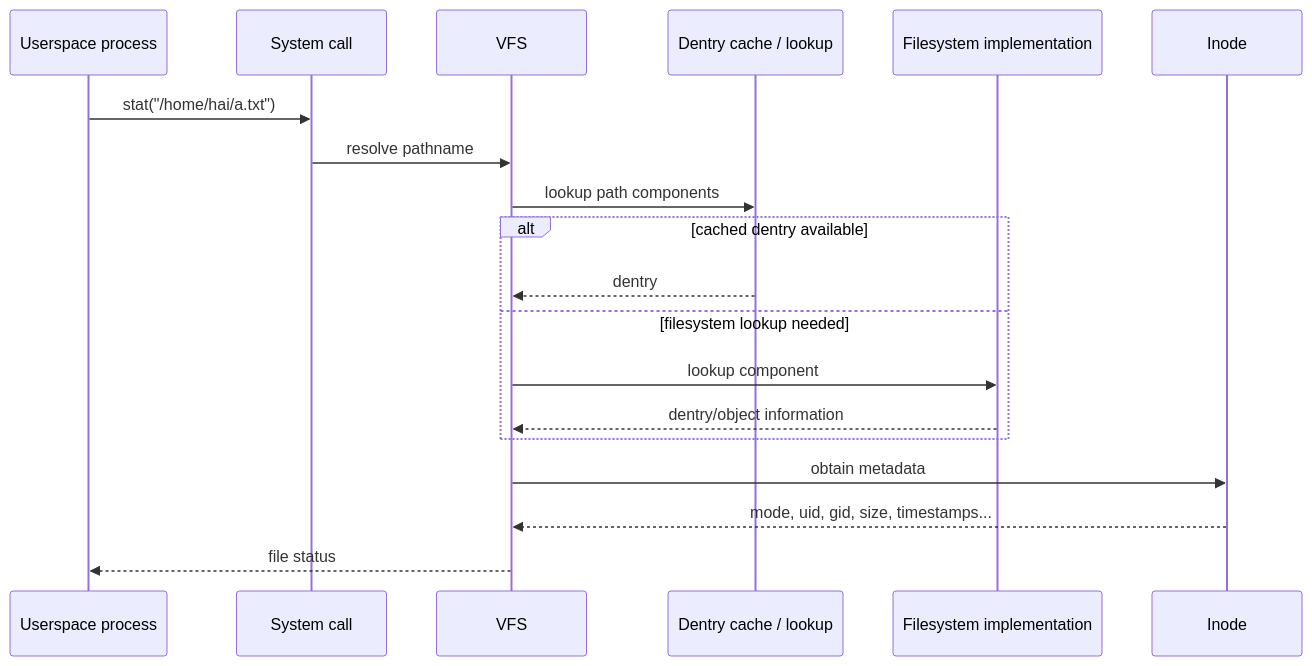
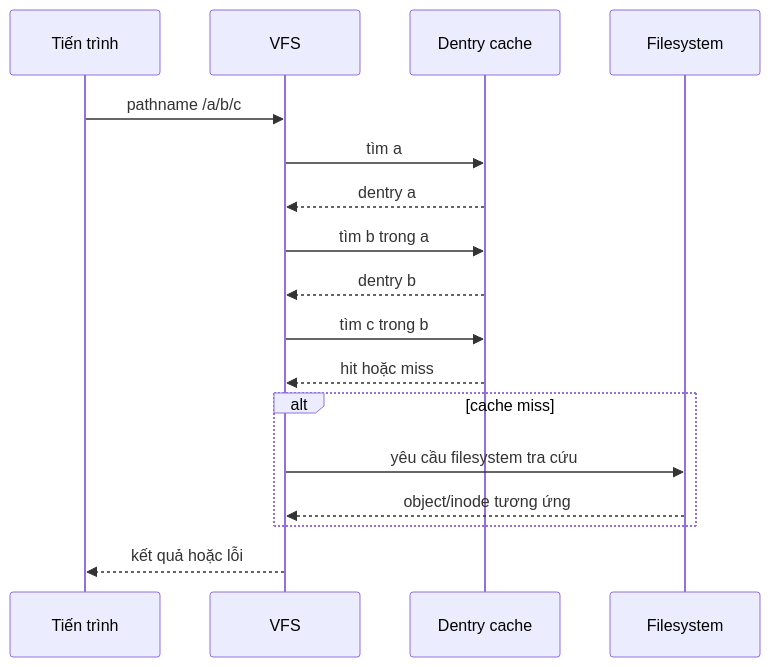
One commit to hai-kevins/embedded-linux changed the diagram in phase-01/README-topic-02.md. Above: the diagram before and after it, drawn with Mermaid. The commit also changed other lines of this file and 9 other files, not shown here.

````diff
--- a/phase-01/README-topic-02.md
+++ b/phase-01/README-topic-02.md
@@ -446,22 +236,20 @@
 ```mermaid
 sequenceDiagram
-    participant U as Userspace process
-    participant S as System call
+    participant P as Tiến trình
     participant V as VFS
-    participant D as Dentry cache / lookup
-    participant F as Filesystem implementation
-    participant I as Inode
+    participant D as Dentry cache
+    participant F as Filesystem
 
-    U->>S: stat("/home/hai/a.txt")
-    S->>V: resolve pathname
-    V->>D: lookup path components
-    alt cached dentry available
-        D-->>V: dentry
-    else filesystem lookup needed
-        V->>F: lookup component
-        F-->>V: dentry/object information
+    P->>V: pathname /a/b/c
+    V->>D: tìm a
+    D-->>V: dentry a
+    V->>D: tìm b trong a
+    D-->>V: dentry b
+    V->>D: tìm c trong b
+    D-->>V: hit hoặc miss
+    alt cache miss
+        V->>F: yêu cầu filesystem tra cứu
+        F-->>V: object/inode tương ứng
     end
-    V->>I: obtain metadata
-    I-->>V: mode, uid, gid, size, timestamps...
-    V-->>U: file status
+    V-->>P: kết quả hoặc lỗi
 ```
````
